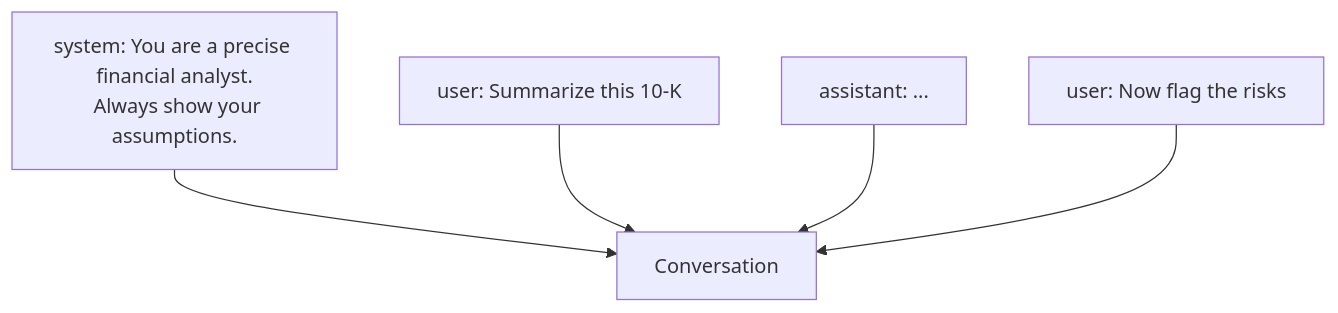
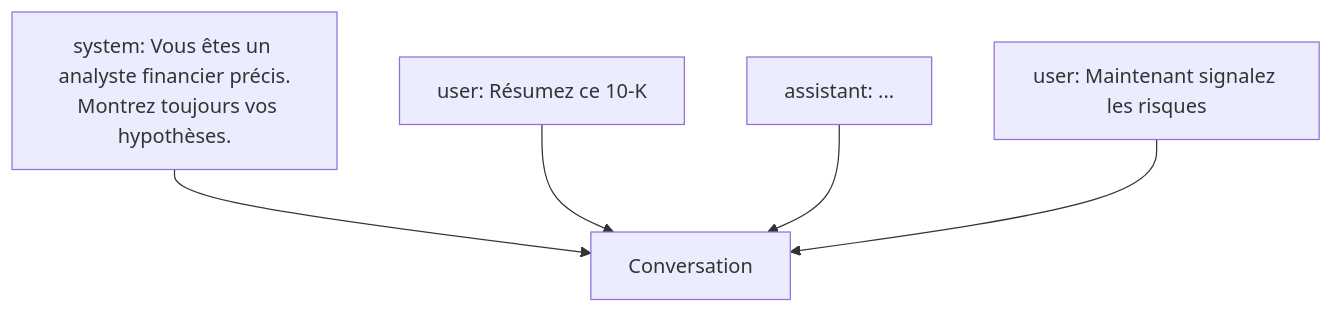
Before and after one commit to derob98/ailmanac: the diagram in i18n/fr/docusaurus-plugin-content-docs/current/foundations/roles.mdx, drawn with Mermaid. The commit also changed other lines of this file and 5 other files, not shown here.

````diff
--- a/i18n/fr/docusaurus-plugin-content-docs/current/foundations/roles.mdx
+++ b/i18n/fr/docusaurus-plugin-content-docs/current/foundations/roles.mdx
@@ -17,8 +17,8 @@
 ```mermaid
 flowchart TD
-  S["system: You are a precise financial analyst.
-  Always show your assumptions."] --> C[Conversation]
-  U1[user: Summarize this 10-K] --> C
+  S["system: Vous êtes un analyste financier précis.
+  Montrez toujours vos hypothèses."] --> C[Conversation]
+  U1[user: Résumez ce 10-K] --> C
   A1[assistant: ...] --> C
-  U2[user: Now flag the risks] --> C
+  U2[user: Maintenant signalez les risques] --> C
 ```
````
